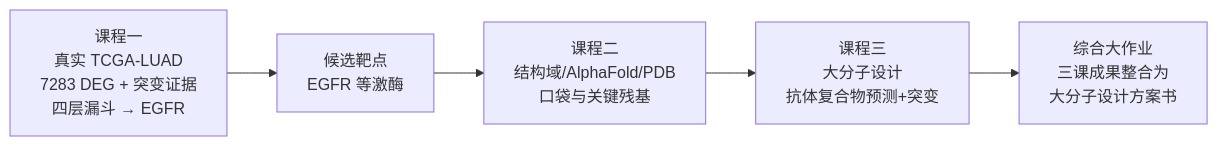
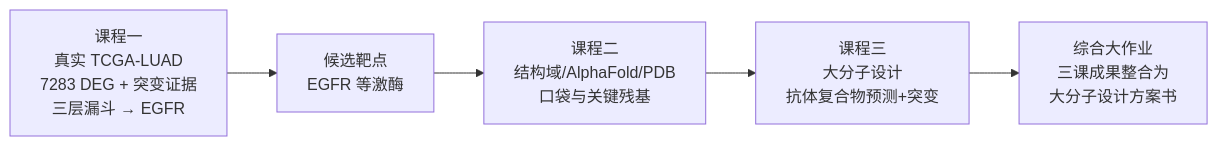
Before and after one commit to iiaimcc/bio-class: the diagram in README.md, drawn with Mermaid. The commit also changed other lines of this file and 18 other files, not shown here.

````diff
--- a/README.md
+++ b/README.md
@@ -17,7 +17,7 @@
 ```mermaid
 flowchart LR
-    A[课程一<br/>真实 TCGA-LUAD<br/>7283 DEG + 突变证据<br/>四层漏斗 → EGFR] --> B[候选靶点<br/>EGFR 等激酶]
+    A[课程一<br/>真实 TCGA-LUAD<br/>7283 DEG + 突变证据<br/>三层漏斗 → EGFR] --> B[候选靶点<br/>EGFR 等激酶]
     B --> C[课程二<br/>结构域/AlphaFold/PDB<br/>口袋与关键残基]
     C --> D[课程三<br/>大分子设计<br/>抗体复合物预测+突变]
     D --> E[综合大作业<br/>三课成果整合为<br/>大分子设计方案书]
 ```
````
